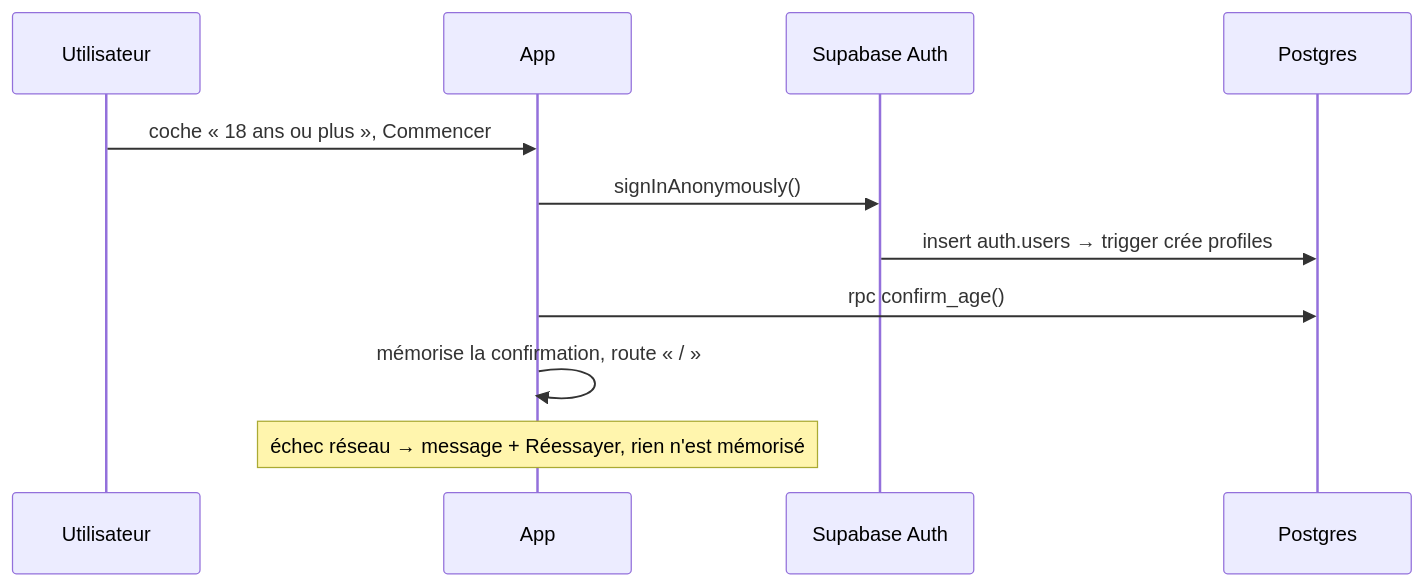
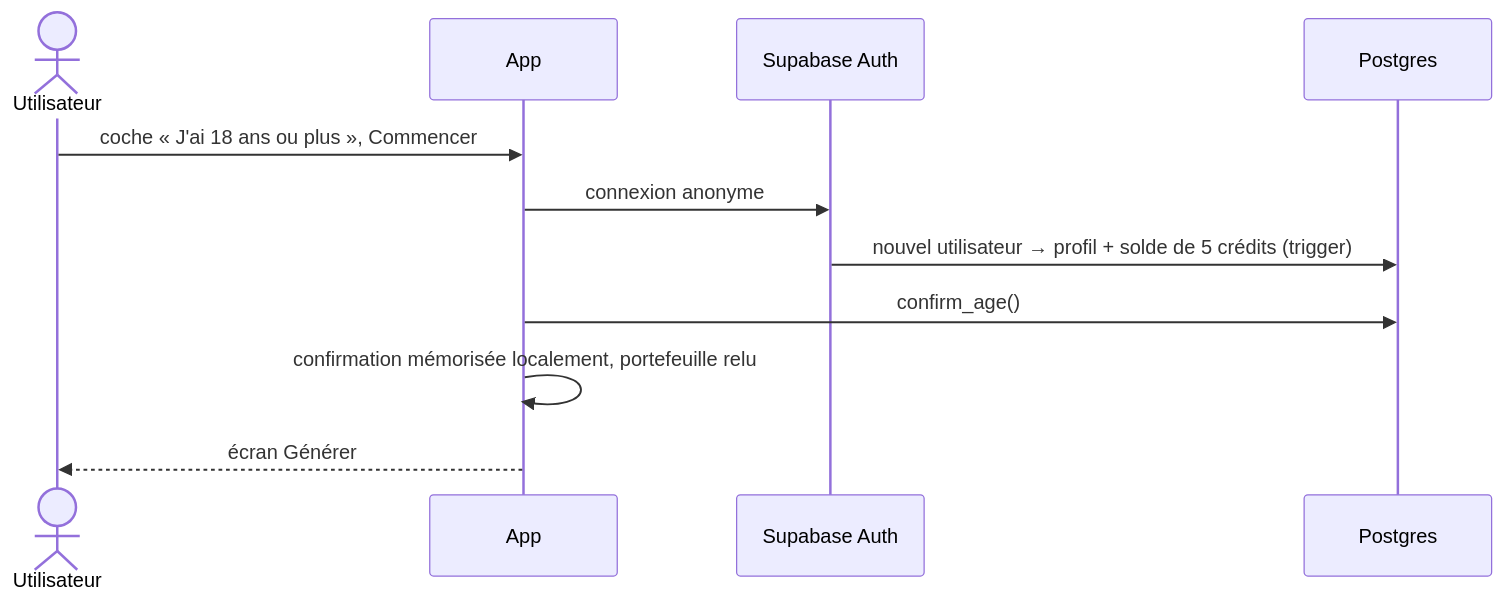
The first of 6 diagrams in docs/system-design.md (Kelenix/Flirt-Coach), drawn with Mermaid before and after one commit. The commit also changed other lines of this file and 50 other files, not shown here.

````diff
--- a/docs/system-design.md
+++ b/docs/system-design.md
@@ -53,13 +8,13 @@
 ```mermaid
 sequenceDiagram
-  participant U as Utilisateur
+  actor U as Utilisateur
   participant App
   participant Auth as Supabase Auth
   participant DB as Postgres
-  U->>App: coche « 18 ans ou plus », Commencer
-  App->>Auth: signInAnonymously()
-  Auth->>DB: insert auth.users → trigger crée profiles
-  App->>DB: rpc confirm_age()
-  App->>App: mémorise la confirmation, route « / »
-  Note over App: échec réseau → message + Réessayer, rien n'est mémorisé
+  U->>App: coche « J'ai 18 ans ou plus », Commencer
+  App->>Auth: connexion anonyme
+  Auth->>DB: nouvel utilisateur → profil + solde de 5 crédits (trigger)
+  App->>DB: confirm_age()
+  App->>App: confirmation mémorisée localement, portefeuille relu
+  App-->>U: écran Générer
 ```
````
